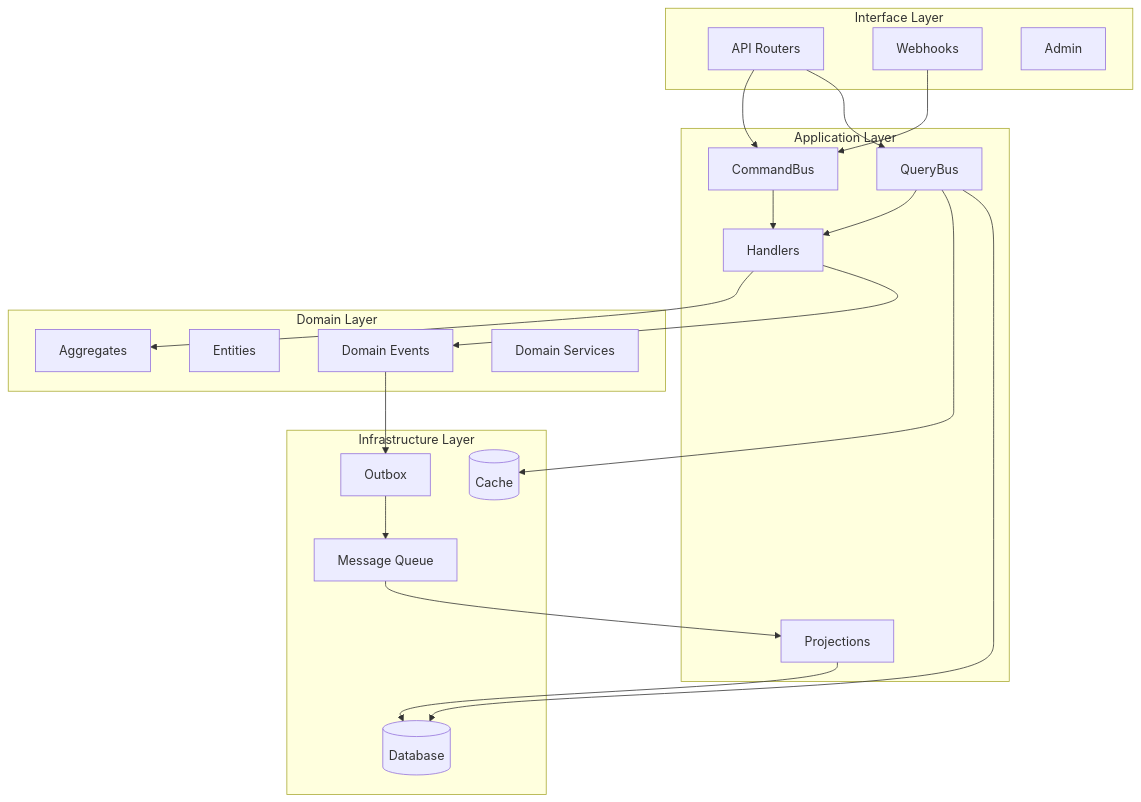
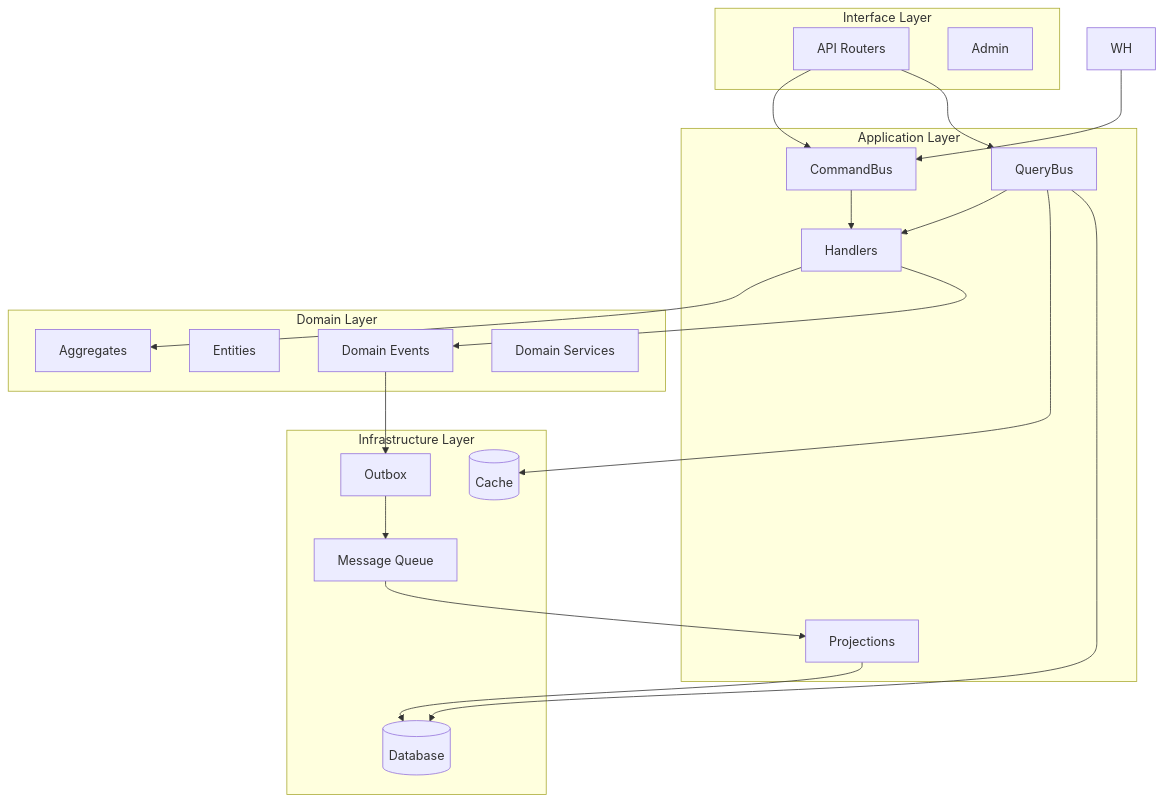
The diagram in docs/architecture/component-diagram.md (marcioazam/python-api-base), drawn with Mermaid before and after one commit. The commit also changed other lines of this file and 654 other files, not shown here.

````diff
--- a/docs/architecture/component-diagram.md
+++ b/docs/architecture/component-diagram.md
@@ -5,43 +5,42 @@
 ```mermaid
 flowchart TB
     subgraph Interface["Interface Layer"]
         API[API Routers]
-        WH[Webhooks]
         Admin[Admin]
     end
     
     subgraph Application["Application Layer"]
         CB[CommandBus]
         QB[QueryBus]
         Handlers[Handlers]
         Projections[Projections]
     end
     
     subgraph Domain["Domain Layer"]
         Aggregates[Aggregates]
         Entities[Entities]
         Events[Domain Events]
         Services[Domain Services]
     end
     
     subgraph Infrastructure["Infrastructure Layer"]
         DB[(Database)]
         Cache[(Cache)]
         MQ[Message Queue]
         Outbox[Outbox]
     end
     
     API --> CB
     API --> QB
     WH --> CB
     CB --> Handlers
     QB --> Handlers
     Handlers --> Aggregates
     Handlers --> Events
     Events --> Outbox
     Outbox --> MQ
     MQ --> Projections
     Projections --> DB
     QB --> Cache
     QB --> DB
 ```
````
